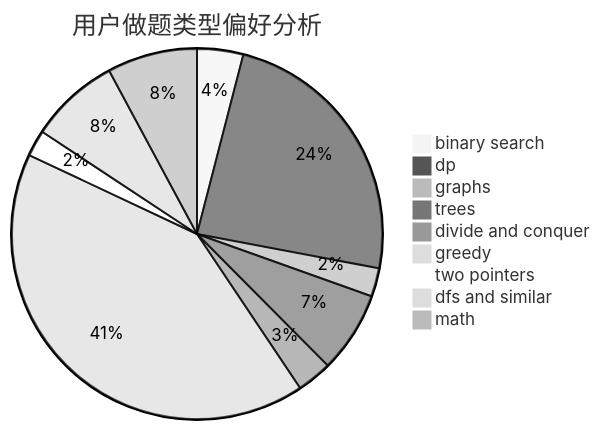
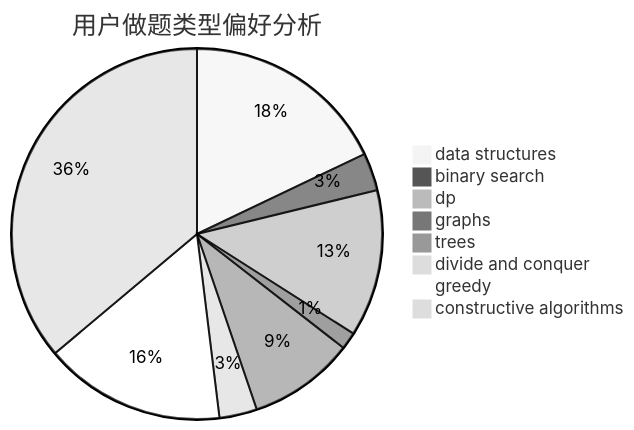
The second of 3 diagrams in docs/user/u1479.md (sherpahu/cfrs.github.io), drawn with Mermaid (neutral theme) before and after one commit. The commit also changed other lines of this file and 2775 other files, not shown here.

````diff
--- a/docs/user/u1479.md
+++ b/docs/user/u1479.md
@@ -23,12 +23,11 @@
 ```mermaid
 pie title 用户做题类型偏好分析
-    "binary search" :  21
-    "dp" :  125
-    "graphs" :  13
-    "trees" :  37
-    "divide and conquer" :  16
-    "greedy" :  216
-    "two pointers" :  12
-    "dfs and similar" :  41
-    "math" :  41
+    "data structures" :  60
+    "binary search" :  11
+    "dp" :  43
+    "graphs" :  5
+    "trees" :  31
+    "divide and conquer" :  11
+    "greedy" :  53
+    "constructive algorithms" :  121
 ```
````
